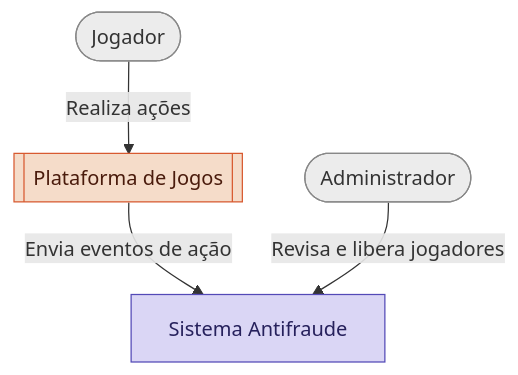
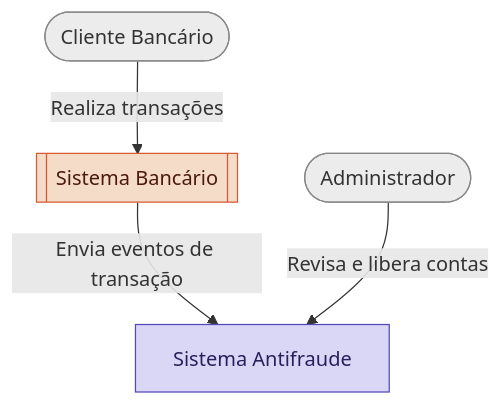
Before and after one commit to LuizH-Queiroz/esd-antifraude: the first of 2 diagrams in README.md, drawn with Mermaid. The commit also changed other lines of this file, not shown here.

````diff
--- a/README.md
+++ b/README.md
@@ -19,16 +19,16 @@
 ```mermaid
 flowchart TD
-    jogador([Jogador])
+    cliente([Cliente Bancário])
     admin([Administrador])
-    plataforma[[Plataforma de Jogos]]
+    sistemaBancario[[Sistema Bancário]]
     antifraude[Sistema Antifraude]
 
-    jogador -->|Realiza ações| plataforma
-    plataforma -->|Envia eventos de ação| antifraude
-    admin -->|Revisa e libera jogadores| antifraude
+    cliente -->|Realiza transações| sistemaBancario
+    sistemaBancario -->|Envia eventos de transação| antifraude
+    admin -->|Revisa e libera contas| antifraude
 
-    style jogador fill:#ECECEC,stroke:#888,color:#333
+    style cliente fill:#ECECEC,stroke:#888,color:#333
     style admin fill:#ECECEC,stroke:#888,color:#333
-    style plataforma fill:#F5DCC9,stroke:#D85A30,color:#4A1B0C
+    style sistemaBancario fill:#F5DCC9,stroke:#D85A30,color:#4A1B0C
     style antifraude fill:#DAD6F5,stroke:#534AB7,color:#26215C
 ```
````
